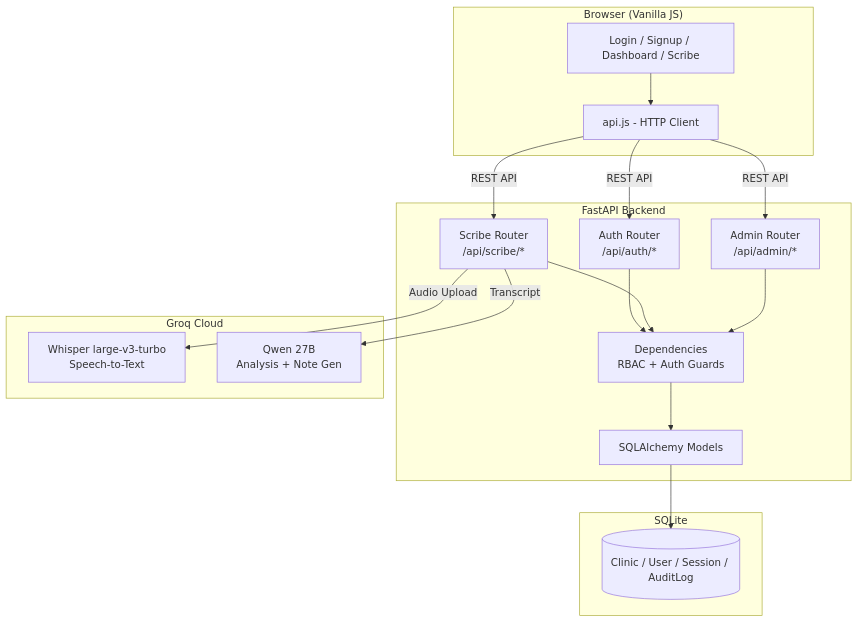
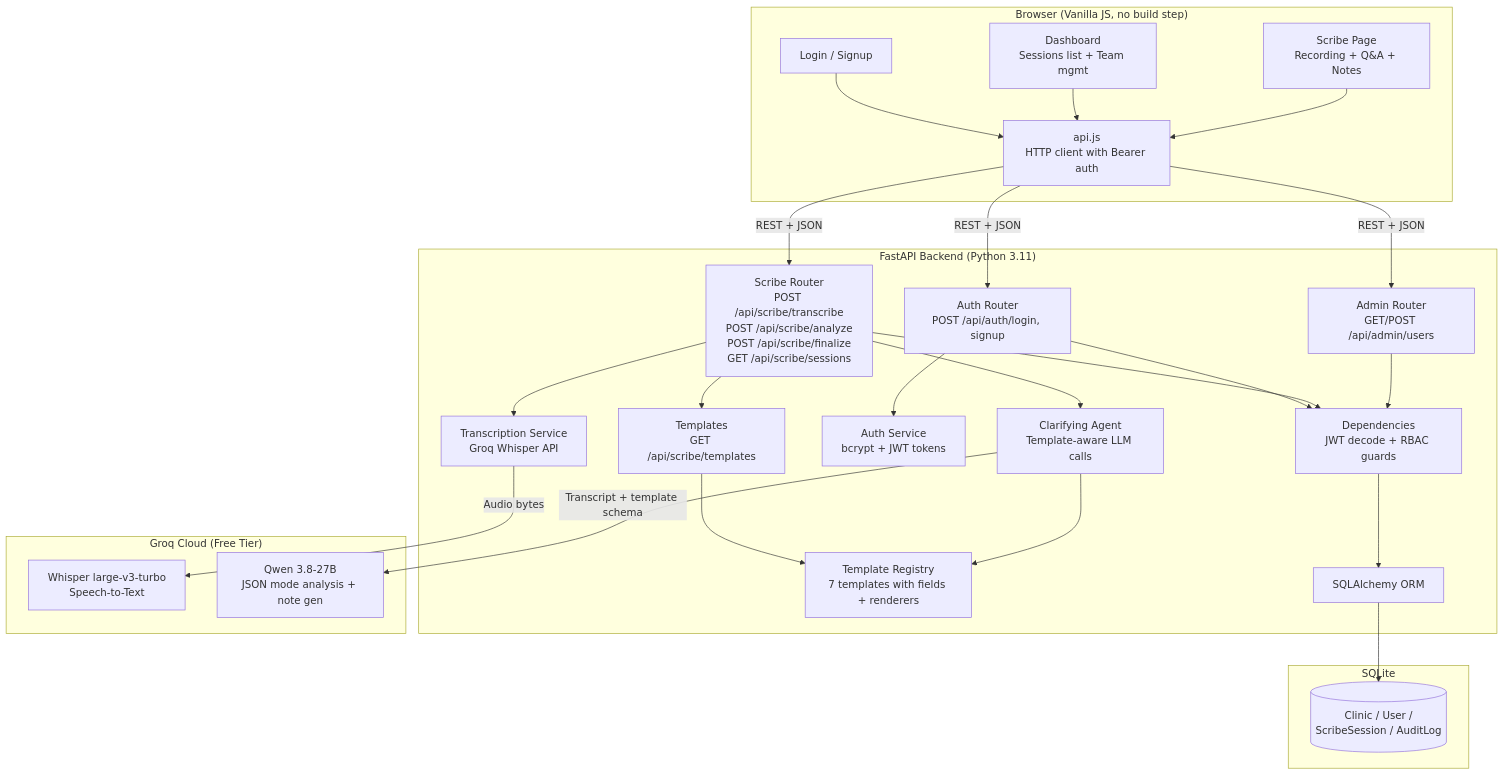
One commit to mihirgediya2001/milya-scribe-plus changed the first of 4 diagrams in README.md. Above: the diagram before and after it, drawn with Mermaid. The commit also changed other lines of this file, not shown here.

Commit message:
Update README: multi-template architecture, API endpoints, design decisions

````diff
--- a/README.md
+++ b/README.md
@@ -23,36 +24,46 @@
 ```mermaid
 graph TB
-    subgraph Client["Browser (Vanilla JS)"]
-        UI[Login / Signup / Dashboard / Scribe]
-        API_JS[api.js - HTTP Client]
+    subgraph Client["Browser (Vanilla JS, no build step)"]
+        LOGIN[Login / Signup]
+        DASH[Dashboard<br>Sessions list + Team mgmt]
+        SCRIBE[Scribe Page<br>Recording + Q&A + Notes]
+        API_JS[api.js<br>HTTP client with Bearer auth]
     end
 
-    subgraph Server["FastAPI Backend"]
-        AUTH[Auth Router<br>/api/auth/*]
-        SCRIBE[Scribe Router<br>/api/scribe/*]
-        ADMIN[Admin Router<br>/api/admin/*]
-        DEPS[Dependencies<br>RBAC + Auth Guards]
-        MODELS[SQLAlchemy Models]
+    subgraph Server["FastAPI Backend (Python 3.11)"]
+        AUTH[Auth Router<br>POST /api/auth/login, signup]
+        SCRIBE_R[Scribe Router<br>POST /api/scribe/transcribe<br>POST /api/scribe/analyze<br>POST /api/scribe/finalize<br>GET /api/scribe/sessions]
+        ADMIN_R[Admin Router<br>GET/POST /api/admin/users]
+        TMPL_R[Templates<br>GET /api/scribe/templates]
+        DEPS[Dependencies<br>JWT decode + RBAC guards]
+        SVC_AUTH[Auth Service<br>bcrypt + JWT tokens]
+        SVC_STT[Transcription Service<br>Groq Whisper API]
+        SVC_AGENT[Clarifying Agent<br>Template-aware LLM calls]
+        TMPL_REG[Template Registry<br>7 templates with fields + renderers]
+        MODELS[SQLAlchemy ORM]
     end
 
-    subgraph AI["Groq Cloud"]
+    subgraph AI["Groq Cloud (Free Tier)"]
         WHISPER[Whisper large-v3-turbo<br>Speech-to-Text]
-        QWEN[Qwen 27B<br>Analysis + Note Gen]
+        QWEN[Qwen 3.8-27B<br>JSON mode analysis + note gen]
     end
 
     subgraph DB["SQLite"]
-        TABLES[(Clinic / User / Session / AuditLog)]
+        TABLES[(Clinic / User /<br>ScribeSession / AuditLog)]
     end
 
-    UI --> API_JS
-    API_JS -->|REST API| AUTH
-    API_JS -->|REST API| SCRIBE
-    API_JS -->|REST API| ADMIN
-    AUTH --> DEPS
-    SCRIBE --> DEPS
-    ADMIN --> DEPS
-    DEPS --> MODELS
-    MODELS --> TABLES
-    SCRIBE -->|Audio Upload| WHISPER
-    SCRIBE -->|Transcript| QWEN
+    LOGIN --> API_JS
+    DASH --> API_JS
+    SCRIBE --> API_JS
+    API_JS -->|REST + JSON| AUTH
+    API_JS -->|REST + JSON| SCRIBE_R
+    API_JS -->|REST + JSON| ADMIN_R
+    AUTH --> DEPS --> MODELS --> TABLES
+    SCRIBE_R --> DEPS
+    ADMIN_R --> DEPS
+    SCRIBE_R --> SVC_STT -->|Audio bytes| WHISPER
+    SCRIBE_R --> SVC_AGENT -->|Transcript + template schema| QWEN
+    SCRIBE_R --> TMPL_R --> TMPL_REG
+    SVC_AGENT --> TMPL_REG
+    AUTH --> SVC_AUTH
 ```
````
